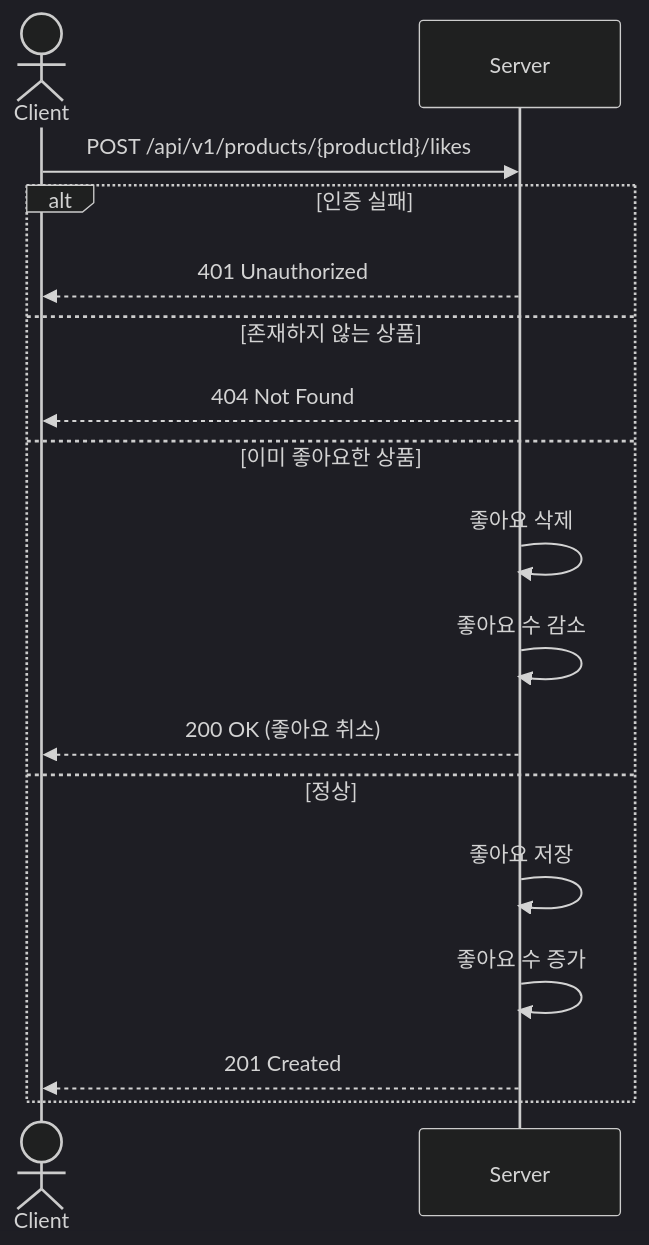
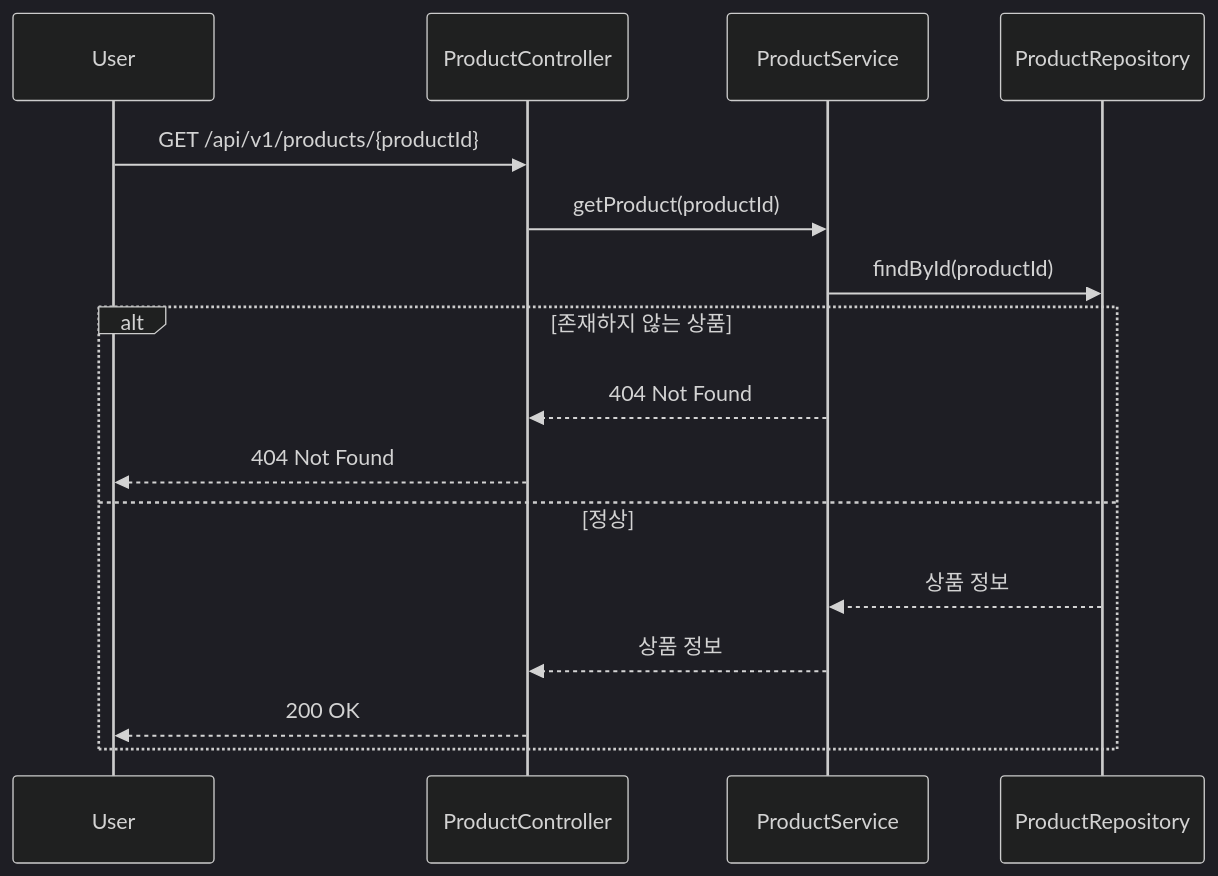
Before and after one commit to loopers-labs/loop-pack-be-l2-vol4-java: the fifth of 34 diagrams in .docs/design/sequence-diagrams.md, drawn with Mermaid (dark theme). The commit also changed other lines of this file and 1 other file, not shown here.

Commit message:
fix: 관리자 모듈 지우고 각 브랜드&상품-어드민, 주문-어드민으로 분리 브랜드&상품 누락 유스케이스 추가 어드민 권한 확인 로직 main flow 에 추가

````diff
--- a/.docs/design/sequence-diagrams.md
+++ b/.docs/design/sequence-diagrams.md
@@ -127,20 +109,20 @@
 ```mermaid
 sequenceDiagram
-    actor Client
-    participant Server
+    participant User
+    participant ProductController
+    participant ProductService
+    participant ProductRepository
 
-    Client->>Server: POST /api/v1/products/{productId}/likes
-    alt 인증 실패
-        Server-->>Client: 401 Unauthorized
-    else 존재하지 않는 상품
-        Server-->>Client: 404 Not Found
-    else 이미 좋아요한 상품
-        Server->>Server: 좋아요 삭제
-        Server->>Server: 좋아요 수 감소
-        Server-->>Client: 200 OK (좋아요 취소)
+    User->>ProductController: GET /api/v1/products/{productId}
+    ProductController->>ProductService: getProduct(productId)
+    ProductService->>ProductRepository: findById(productId)
+
+    alt 존재하지 않는 상품
+        ProductService-->>ProductController: 404 Not Found
+        ProductController-->>User: 404 Not Found
     else 정상
-        Server->>Server: 좋아요 저장
-        Server->>Server: 좋아요 수 증가
-        Server-->>Client: 201 Created
+        ProductRepository-->>ProductService: 상품 정보
+        ProductService-->>ProductController: 상품 정보
+        ProductController-->>User: 200 OK
     end
 ```
````
